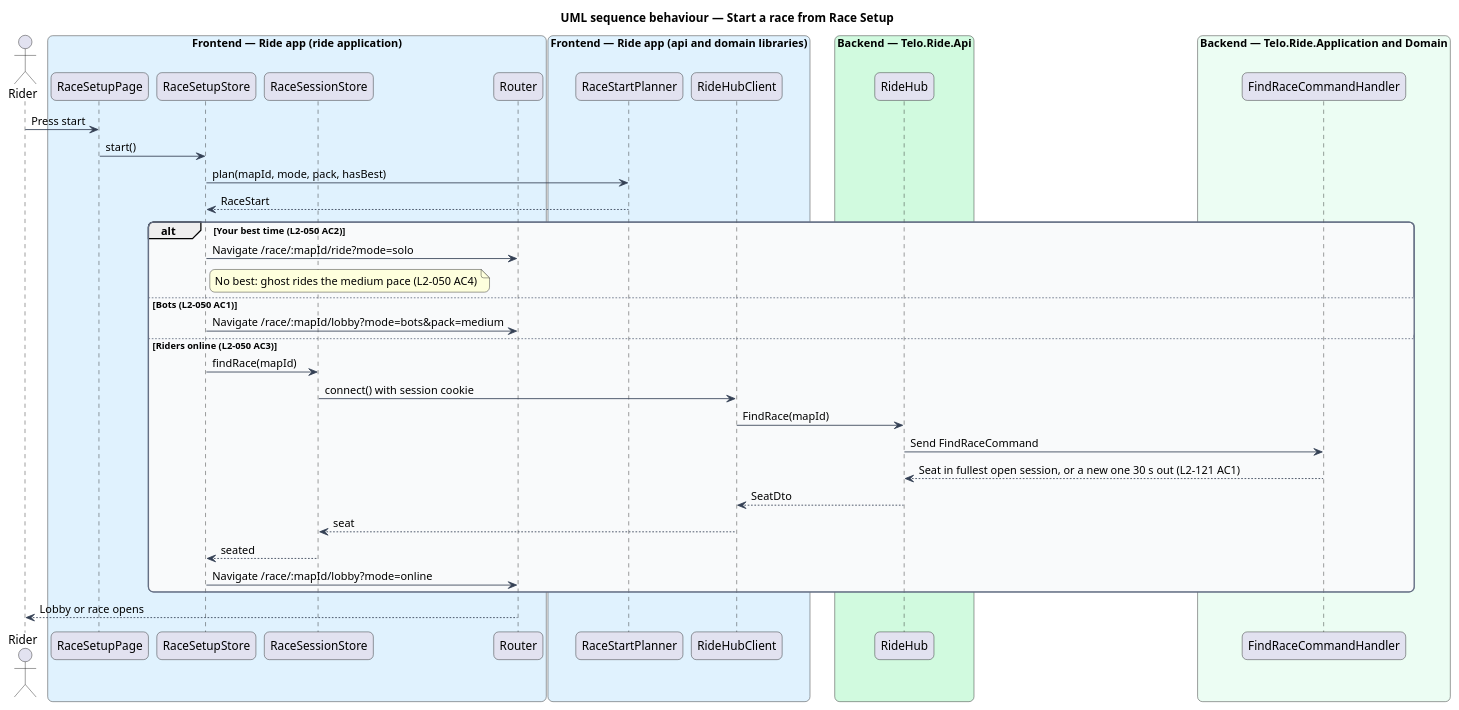
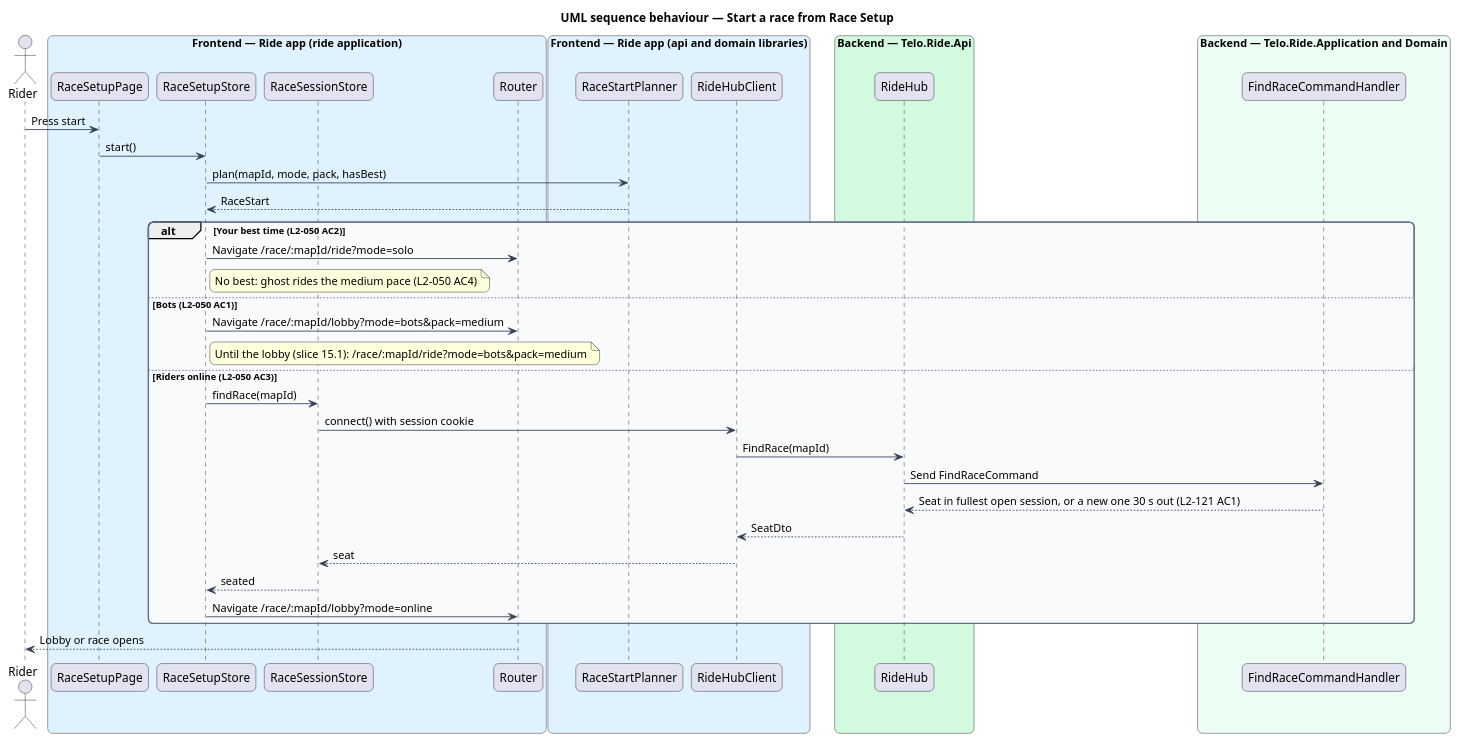
Before and after one commit to QuinntyneBrown/ride-one: the diagram in docs/detailed-designs/race/set-up-a-race/diagrams/sequence-start-a-race.puml, drawn with PlantUML. The commit also changed 5 other files, not shown here.

First line of the commit message:
Align Race Setup's design for slice 7.2

```diff
--- a/docs/detailed-designs/race/set-up-a-race/diagrams/sequence-start-a-race.puml
+++ b/docs/detailed-designs/race/set-up-a-race/diagrams/sequence-start-a-race.puml
@@ -1,55 +1,56 @@
 @startuml
 title UML sequence behaviour — Start a race from Race Setup
 skinparam backgroundColor #FFFFFF
 skinparam shadowing false
 skinparam roundcorner 12
 skinparam defaultFontName Arial
 skinparam ArrowColor #344054
 skinparam rectangle {
   BorderColor #344054
   FontColor #101828
 }
 skinparam package {
   BorderColor #667085
   FontColor #101828
   BackgroundColor #F9FAFB
 }
 actor "Rider" as actor
 box "Frontend — Ride app (ride application)" #E0F2FE
   participant "RaceSetupPage" as page
   participant "RaceSetupStore" as store
   participant "RaceSessionStore" as session
   participant "Router" as router
 end box
 box "Frontend — Ride app (api and domain libraries)" #E0F2FE
   participant "RaceStartPlanner" as planner
   participant "RideHubClient" as hub
 end box
 box "Backend — Telo.Ride.Api" #D1FADF
   participant "RideHub" as ridehub
 end box
 box "Backend — Telo.Ride.Application and Domain" #ECFDF3
   participant "FindRaceCommandHandler" as handler
 end box
 actor -> page : Press start
 page -> store : start()
 store -> planner : plan(mapId, mode, pack, hasBest)
 planner --> store : RaceStart
 alt Your best time (L2-050 AC2)
   store -> router : Navigate /race/:mapId/ride?mode=solo
   note right of store : No best: ghost rides the medium pace (L2-050 AC4)
 else Bots (L2-050 AC1)
   store -> router : Navigate /race/:mapId/lobby?mode=bots&pack=medium
+  note right of store : Until the lobby (slice 15.1): /race/:mapId/ride?mode=bots&pack=medium
 else Riders online (L2-050 AC3)
   store -> session : findRace(mapId)
   session -> hub : connect() with session cookie
   hub -> ridehub : FindRace(mapId)
   ridehub -> handler : Send FindRaceCommand
   handler --> ridehub : Seat in fullest open session, or a new one 30 s out (L2-121 AC1)
   ridehub --> hub : SeatDto
   hub --> session : seat
   session --> store : seated
   store -> router : Navigate /race/:mapId/lobby?mode=online
 end
 router --> actor : Lobby or race opens
 @enduml
```
